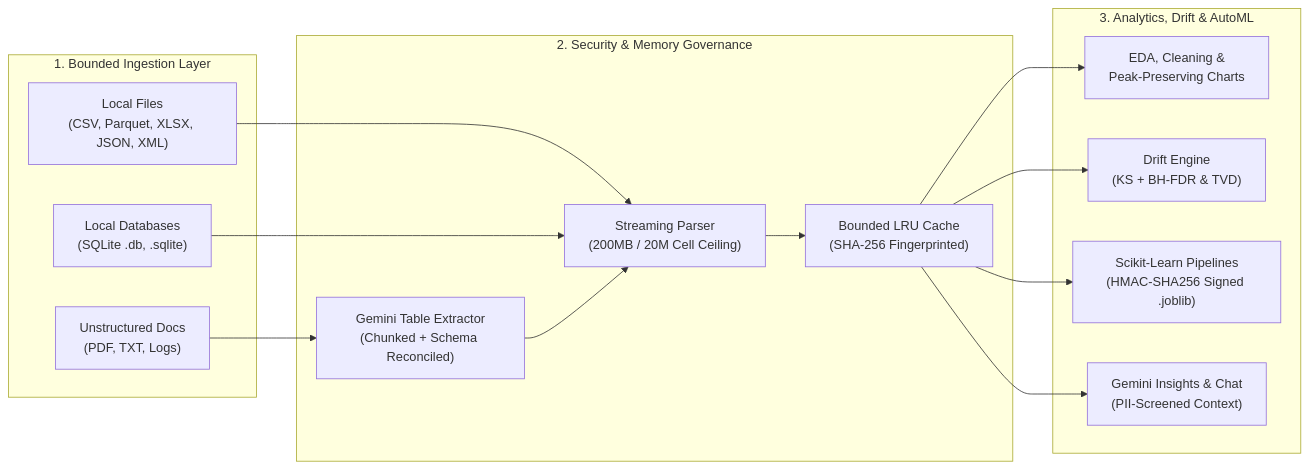
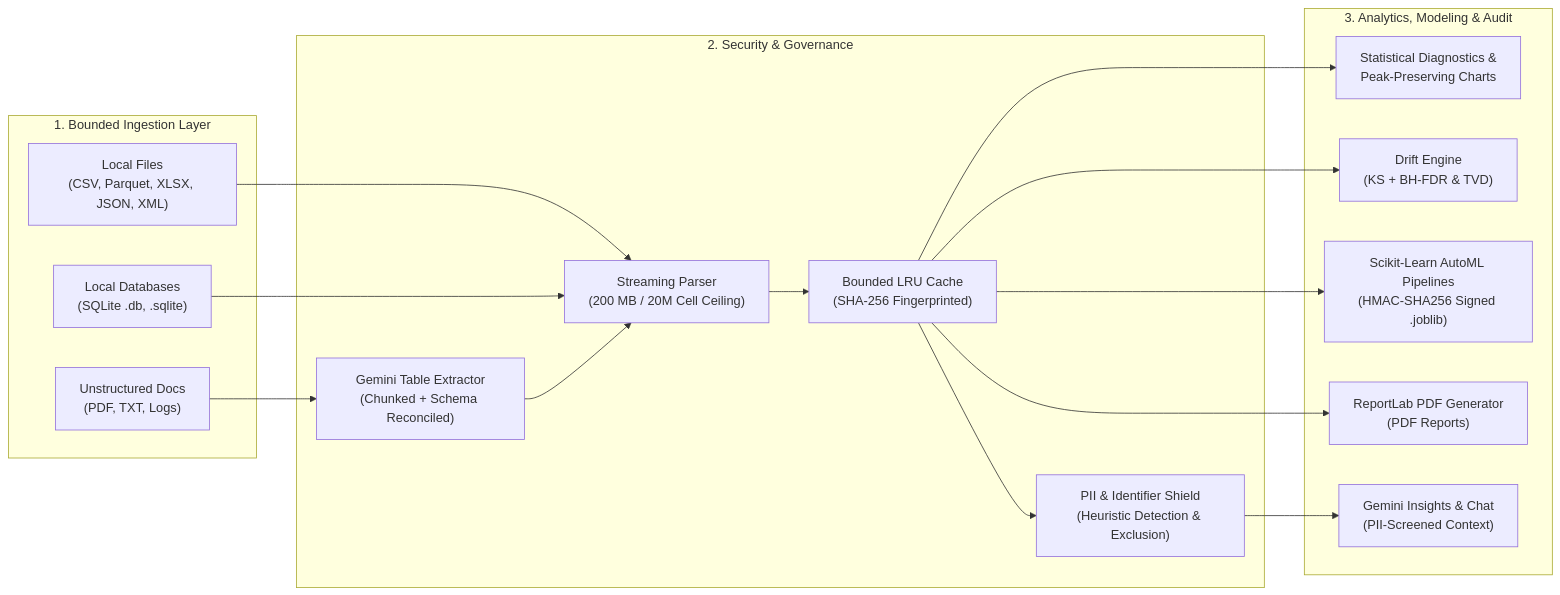
Before and after one commit to Srikiran22/CloudlnsightAl: the diagram in README.md, drawn with Mermaid. The commit also changed other lines of this file and 54 other files, not shown here.

````diff
--- a/README.md
+++ b/README.md
@@ -13,27 +11,31 @@
 ```mermaid
 flowchart LR
     subgraph Ingestion ["1. Bounded Ingestion Layer"]
         Local["Local Files\n(CSV, Parquet, XLSX, JSON, XML)"]
         DB["Local Databases\n(SQLite .db, .sqlite)"]
         RawDoc["Unstructured Docs\n(PDF, TXT, Logs)"]
     end
 
-    subgraph Guards ["2. Security & Memory Governance"]
-        Parser["Streaming Parser\n(200MB / 20M Cell Ceiling)"]
+    subgraph Guards ["2. Security & Governance"]
+        Parser["Streaming Parser\n(200 MB / 20M Cell Ceiling)"]
         AIConv["Gemini Table Extractor\n(Chunked + Schema Reconciled)"]
         Cache["Bounded LRU Cache\n(SHA-256 Fingerprinted)"]
+        Privacy["PII & Identifier Shield\n(Heuristic Detection & Exclusion)"]
     end
 
-    subgraph Analytics ["3. Analytics, Drift & AutoML"]
-        EDA["EDA, Cleaning &\nPeak-Preserving Charts"]
+    subgraph Analytics ["3. Analytics, Modeling & Audit"]
+        EDA["Statistical Diagnostics &\nPeak-Preserving Charts"]
         Drift["Drift Engine\n(KS + BH-FDR & TVD)"]
-        ML["Scikit-Learn Pipelines\n(HMAC-SHA256 Signed .joblib)"]
+        ML["Scikit-Learn AutoML Pipelines\n(HMAC-SHA256 Signed .joblib)"]
+        PDF["ReportLab PDF Generator\n(PDF Reports)"]
         GenAI["Gemini Insights & Chat\n(PII-Screened Context)"]
     end
 
     Local --> Parser
     DB --> Parser
     RawDoc --> AIConv --> Parser
     Parser --> Cache
-    Cache --> EDA & Drift & ML & GenAI
+    Cache --> Privacy
+    Privacy --> GenAI
+    Cache --> EDA & Drift & ML & PDF
 ```
````
